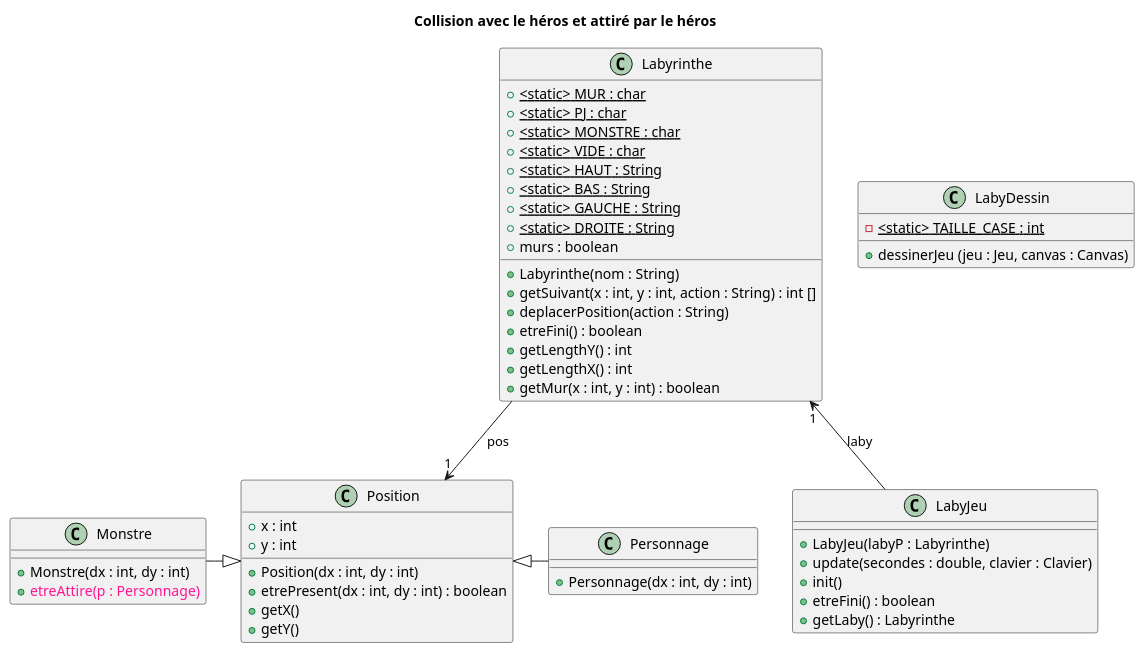
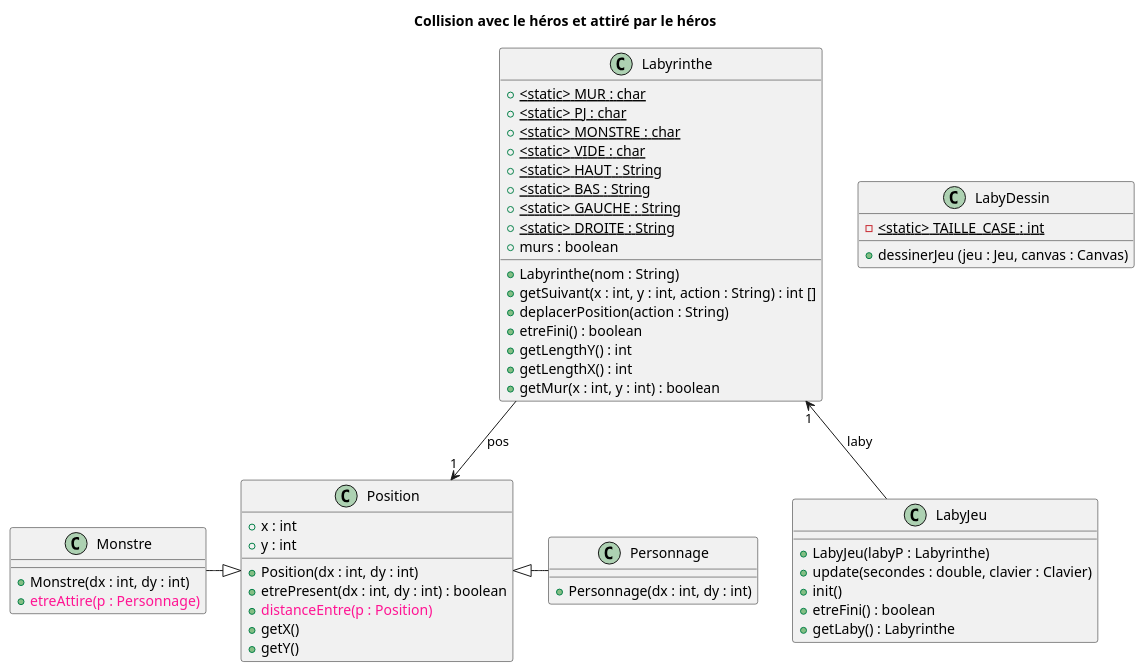
The diagram in racine_depot/documents/version_3/diagClass_iter2.puml (Hugo-COLLIN/BUT_INFO_S2_2022_Zeldiablo), drawn with PlantUML before and after one commit.

Commit message:
ajout distanceEntre

```diff
--- a/racine_depot/documents/version_3/diagClass_iter2.puml
+++ b/racine_depot/documents/version_3/diagClass_iter2.puml
@@ -1,62 +1,63 @@
 @startuml
 title Collision avec le héros et attiré par le héros
 
 class Labyrinthe {
     + <static> MUR : char {static}
     + <static> PJ : char {static}
     + <static> MONSTRE : char {static}
     + <static> VIDE : char {static}
     + <static> HAUT : String {static}
     + <static> BAS : String {static}
     + <static> GAUCHE : String {static}
     + <static> DROITE : String {static}
     + murs : boolean
 
     + Labyrinthe(nom : String)
     + getSuivant(x : int, y : int, action : String) : int []
     + deplacerPosition(action : String)
     + etreFini() : boolean
     + getLengthY() : int
     + getLengthX() : int
     + getMur(x : int, y : int) : boolean
 }
 
 class LabyJeu {
     + LabyJeu(labyP : Labyrinthe)
     + update(secondes : double, clavier : Clavier)
     + init()
     + etreFini() : boolean
     + getLaby() : Labyrinthe
 }
 
 class LabyDessin {
     - <static> TAILLE_CASE : int {static}
     + dessinerJeu (jeu : Jeu, canvas : Canvas)
 }
 
 class Position {
     + x : int
     + y : int
 
     + Position(dx : int, dy : int)
     + etrePresent(dx : int, dy : int) : boolean
+    + <color:deeppink>distanceEntre(p : Position)</color>
     + getX()
     + getY()
 }
 
 class Personnage {
     + Personnage(dx : int, dy : int)
 }
 
 class Monstre {
     + Monstre(dx : int, dy : int)
     + <color:deeppink>etreAttire(p : Personnage)</color>
 }
 
 Labyrinthe --> Position : pos "1"
 Labyrinthe "1" <-- LabyJeu : laby
 
 Monstre -|> Position
 Personnage -|> Position
 
 @enduml
```
